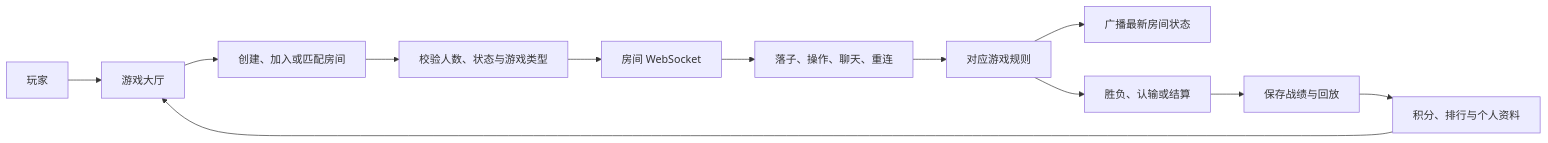
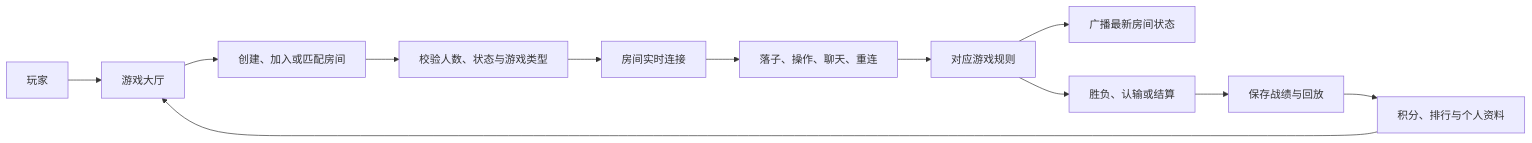
Before and after one commit to pluchon/mengmeng_forum: the seventh of 19 diagrams in README.md, drawn with Mermaid. The commit also changed other lines of this file, not shown here.

````diff
--- a/README.md
+++ b/README.md
@@ -153,14 +176,14 @@
 ```mermaid
 flowchart LR
   U["玩家"] --> L["游戏大厅"]
   L --> M["创建、加入或匹配房间"]
   M --> JOIN["校验人数、状态与游戏类型"]
-  JOIN --> WS["房间 WebSocket"]
+  JOIN --> WS["房间实时连接"]
   WS --> MOVE["落子、操作、聊天、重连"]
   MOVE --> RULE["对应游戏规则"]
   RULE --> STATE["广播最新房间状态"]
   RULE --> END["胜负、认输或结算"]
   END --> REC["保存战绩与回放"]
   REC --> RANK["积分、排行与个人资料"]
   RANK --> L
 ```
````
